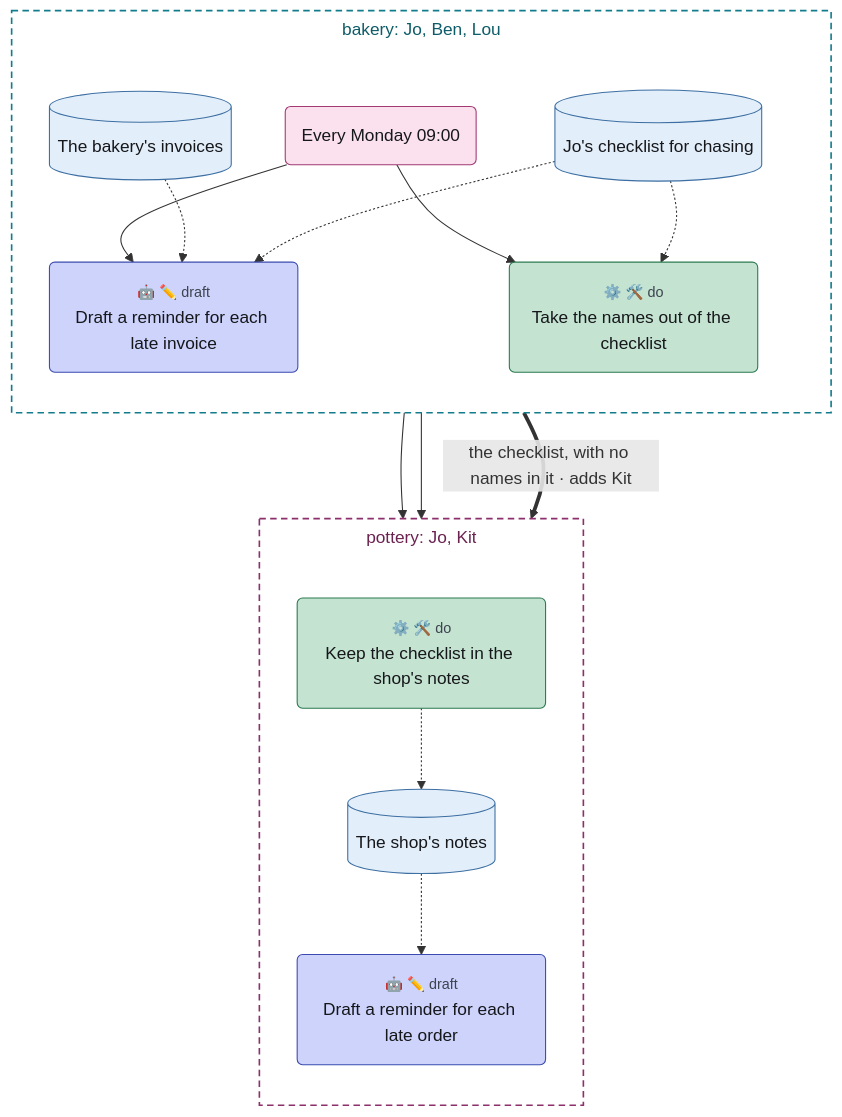
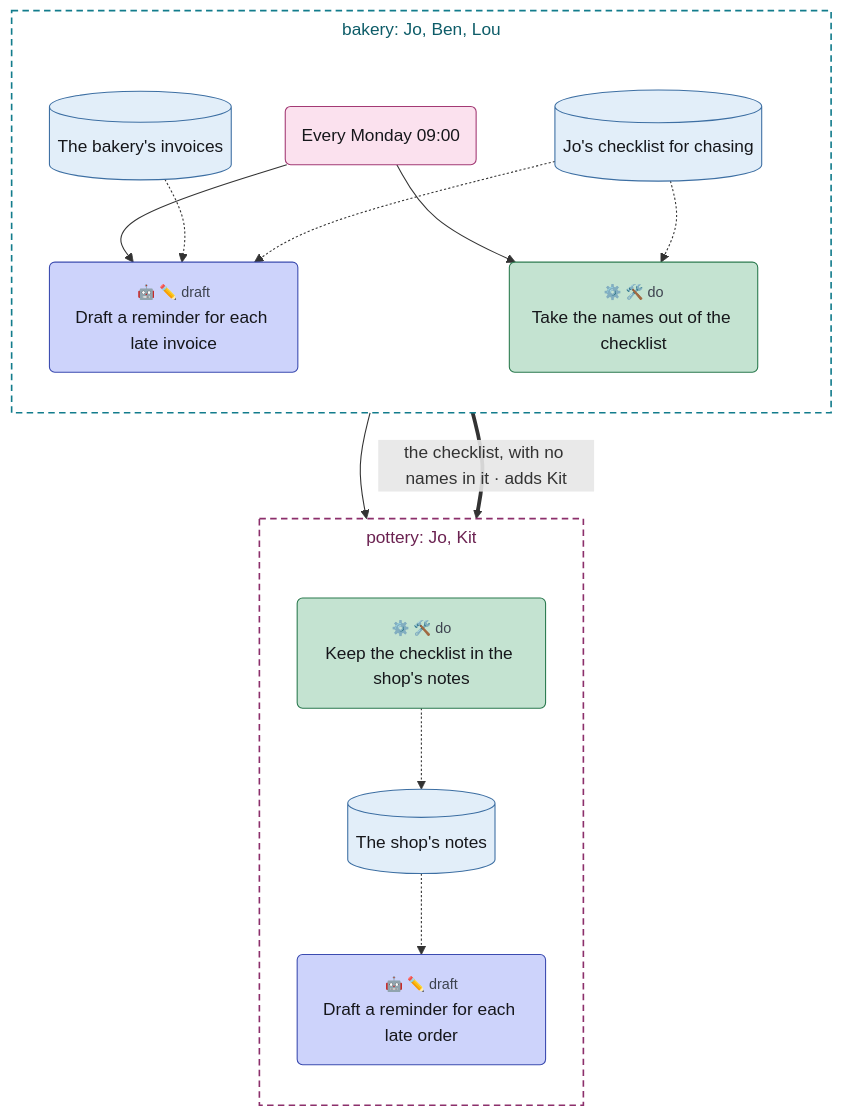
One commit to chrismdp/awml changed the diagram in examples/tour/05-side-by-side.mmd. Above: the diagram before and after it, drawn with Mermaid. The commit also changed 14 other files, not shown here.

```diff
--- a/examples/tour/05-side-by-side.mmd
+++ b/examples/tour/05-side-by-side.mmd
@@ -1,51 +1,50 @@
 ---
 config:
   theme: default
   fontFamily: Inter, sans-serif
   flowchart:
     useMaxWidth: false
     subGraphTitleMargin:
       top: 6
       bottom: 30
 ---
 flowchart TB
   subgraph bakery["bakery#58; Jo#44; Ben#44; Lou"]
     direction TB
     monday("Every Monday 09#58;00")
     invoices[("The bakery#39;s invoices")]
     checklist[("Jo#39;s checklist for chasing")]
     chase("<small style='color:rgb(61,67,79)'>🤖 ✏️ draft</small><br>Draft a reminder for each late invoice")
     copy("<small style='color:rgb(61,67,79)'>⚙️ 🛠️ do</small><br>Take the names out of the checklist")
   end
   subgraph pottery["pottery#58; Jo#44; Kit"]
     direction TB
     keep("<small style='color:rgb(61,67,79)'>⚙️ 🛠️ do</small><br>Keep the checklist in the shop#39;s notes")
     shop_notes[("The shop#39;s notes")]
     remind("<small style='color:rgb(61,67,79)'>🤖 ✏️ draft</small><br>Draft a reminder for each late order")
   end
 
   monday --> chase
   monday --> copy
   monday --> remind
   invoices -.-> chase
   checklist -.-> chase
   checklist -.-> copy
-  copy --> keep
   copy ==>|"the checklist#44; with no names in it · adds Kit"| keep
   keep -.-> shop_notes
   shop_notes -.-> remind
   classDef trig fill:#fbe1ee,stroke:#a33a74,color:#16171b
   classDef ctx fill:#e2eef9,stroke:#3d6fa3,color:#16171b
   classDef con fill:#eceef2,stroke:#5d6472,color:#16171b
   classDef surf fill:#ffffff,stroke:#2a2d35,stroke-width:1.5px,color:#16171b
   classDef out fill:#fde4dc,stroke:#b5532f,color:#16171b
   classDef ai fill:#cdd3fb,stroke:#3b4bb0,color:#16171b
   classDef code fill:#c4e3d1,stroke:#2b7a4f,color:#16171b
   classDef person fill:#f7d79a,stroke:#9a6100,color:#16171b
   classDef gap fill:#ffffff,stroke:#8a93a3,stroke-dasharray:4 3,color:#6b7280
   class monday trig
   class invoices,checklist,shop_notes ctx
   class chase,remind ai
   class copy,keep code
   style bakery fill:transparent,stroke:#127c8c,stroke-width:1.5px,stroke-dasharray:6 4,color:#0d5c68
   style pottery fill:transparent,stroke:#8c2f6b,stroke-width:1.5px,stroke-dasharray:6 4,color:#6b2251
```
